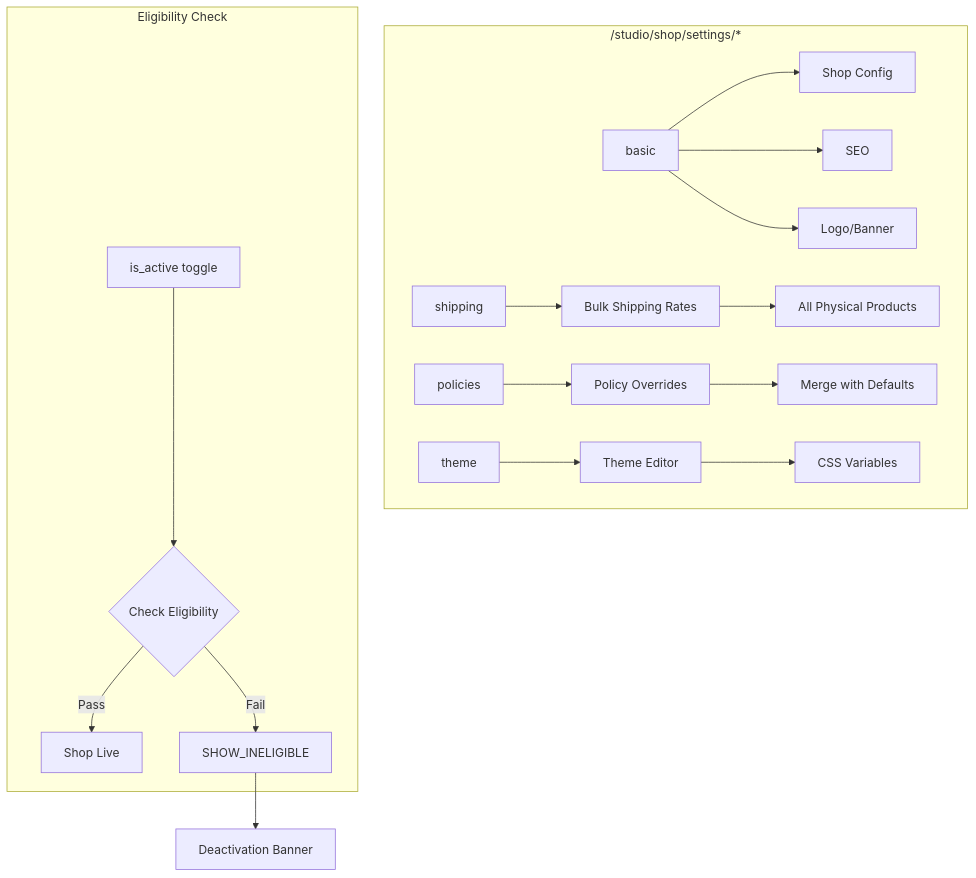
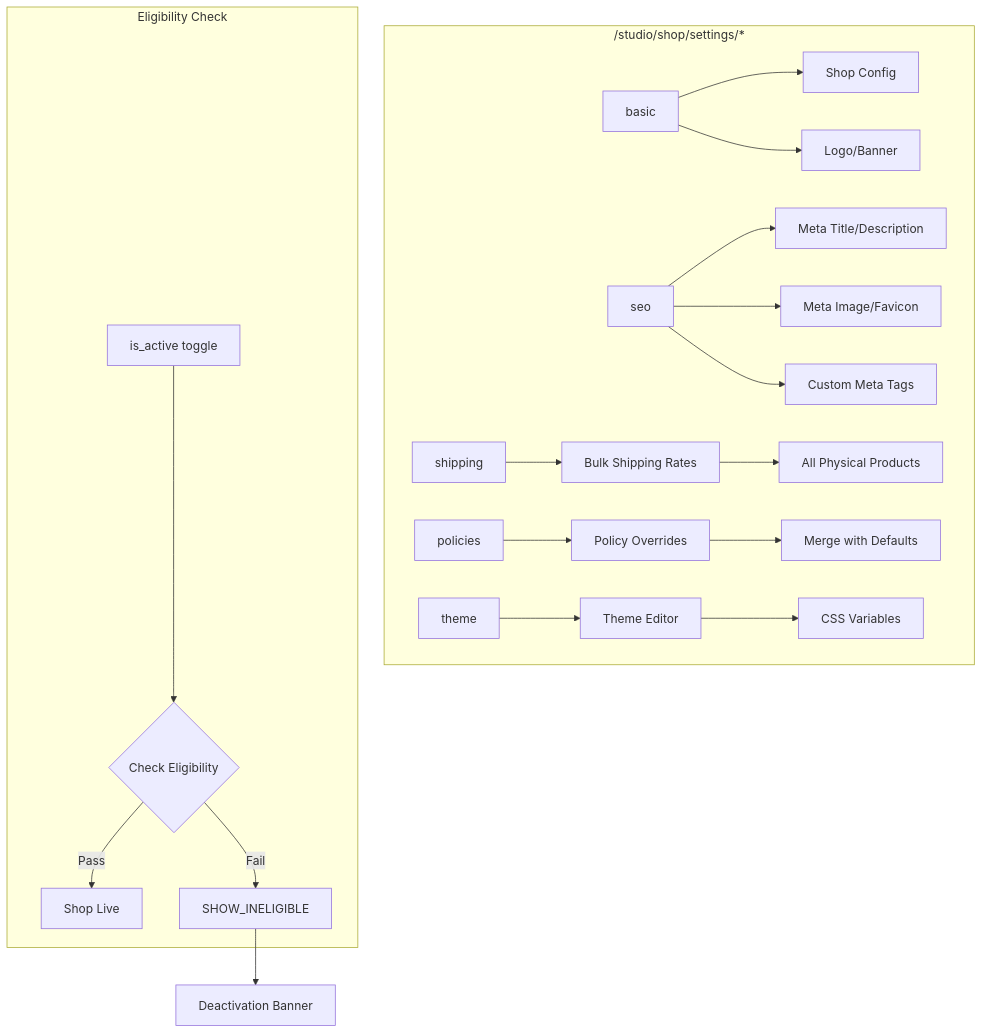
Before and after one commit to hobenakicoffee/libraries: the diagram in docs/shop-service/frontend/studio-settings.md, drawn with Mermaid. The commit also changed other lines of this file and 2 other files, not shown here.

Commit message:
feat: add custom metadata to the shop settings

````diff
--- a/docs/shop-service/frontend/studio-settings.md
+++ b/docs/shop-service/frontend/studio-settings.md
@@ -7,25 +7,28 @@
 ```mermaid
 graph TB
     subgraph "/studio/shop/settings/*"
         A[basic] --> B[Shop Config]
-        A --> C[SEO]
         A --> D[Logo/Banner]
+        
+        C[seo] --> C1[Meta Title/Description]
+        C --> C2[Meta Image/Favicon]
+        C --> C3[Custom Meta Tags]
         
         E[shipping] --> F[Bulk Shipping Rates]
         F --> G[All Physical Products]
         
         H[policies] --> I[Policy Overrides]
         I --> J[Merge with Defaults]
         
         K[theme] --> L[Theme Editor]
         L --> M[CSS Variables]
     end
     
     subgraph "Eligibility Check"
         N[is_active toggle] --> O{Check Eligibility}
         O -->|Pass| P[Shop Live]
         O -->|Fail| Q[SHOW_INELIGIBLE]
     end
     
     Q --> R[Deactivation Banner]
 ```
````
